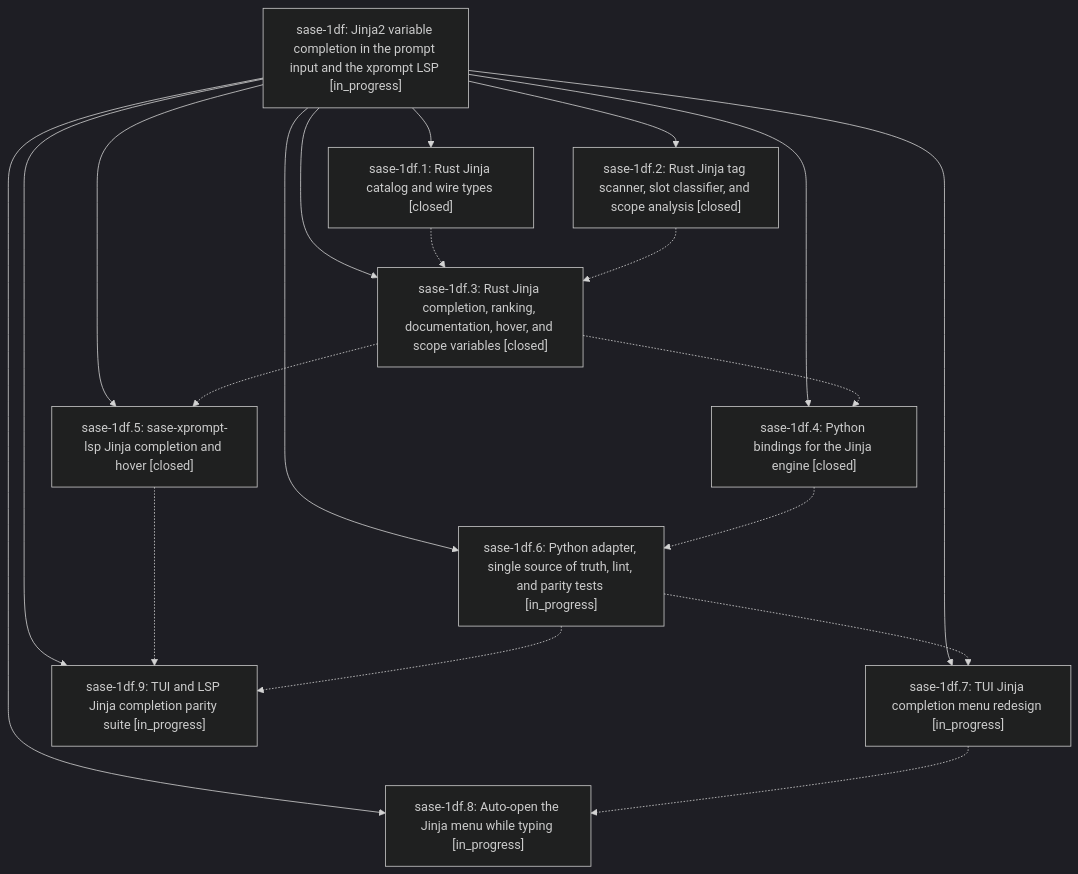
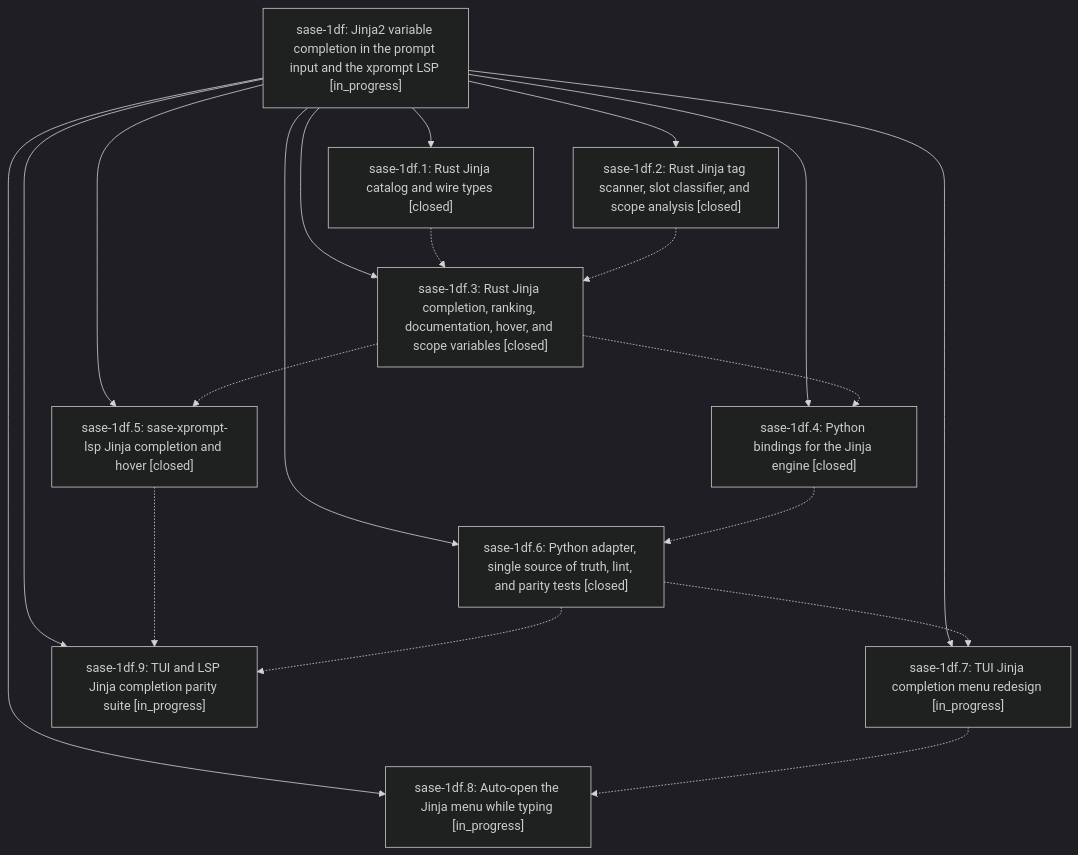
The diagram in pages/sase-1df/README.md (sase-org/sase--beads), drawn with Mermaid (dark theme) before and after one commit. The commit also changed other lines of this file and 5 other files, not shown here.

````diff
--- a/pages/sase-1df/README.md
+++ b/pages/sase-1df/README.md
@@ -42,31 +42,31 @@
 ```mermaid
 flowchart TD
     n0["sase-1df: Jinja2 variable completion in the prompt input and the xprompt LSP [in_progress]"]
     n1["sase-1df.1: Rust Jinja catalog and wire types [closed]"]
     n2["sase-1df.2: Rust Jinja tag scanner, slot classifier, and scope analysis [closed]"]
     n3["sase-1df.3: Rust Jinja completion, ranking, documentation, hover, and scope variables [closed]"]
     n4["sase-1df.4: Python bindings for the Jinja engine [closed]"]
     n5["sase-1df.5: sase-xprompt-lsp Jinja completion and hover [closed]"]
-    n6["sase-1df.6: Python adapter, single source of truth, lint, and parity tests [in_progress]"]
+    n6["sase-1df.6: Python adapter, single source of truth, lint, and parity tests [closed]"]
     n7["sase-1df.7: TUI Jinja completion menu redesign [in_progress]"]
     n8["sase-1df.8: Auto-open the Jinja menu while typing [in_progress]"]
     n9["sase-1df.9: TUI and LSP Jinja completion parity suite [in_progress]"]
     n0 --> n1
     n0 --> n2
     n0 --> n3
     n0 --> n4
     n0 --> n5
     n0 --> n6
     n0 --> n7
     n0 --> n8
     n0 --> n9
     n1 -.-> n3
     n2 -.-> n3
     n3 -.-> n4
     n3 -.-> n5
     n4 -.-> n6
     n5 -.-> n9
     n6 -.-> n7
     n6 -.-> n9
     n7 -.-> n8
 ```
````
